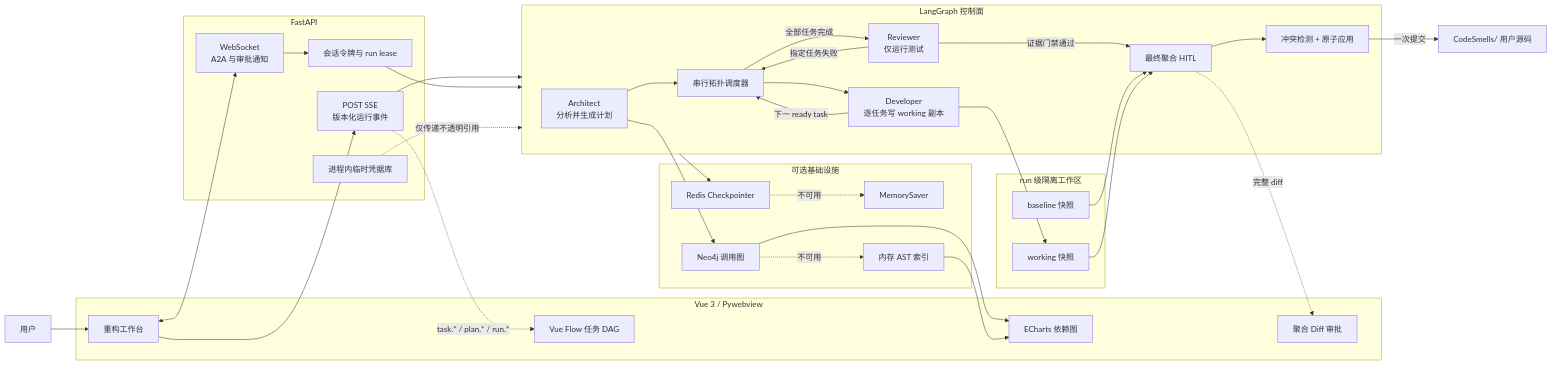
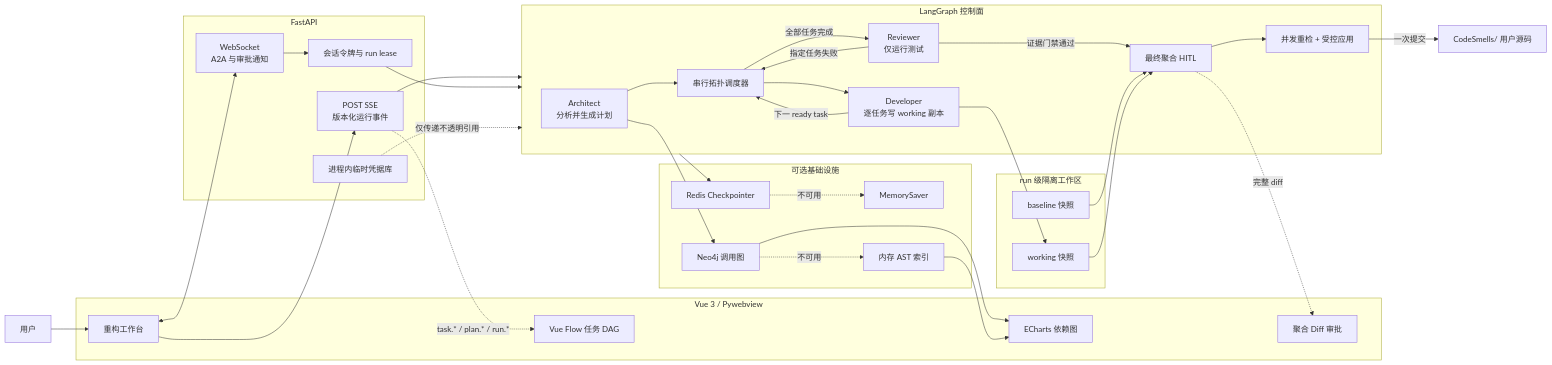
The first of 3 diagrams in README.md (SinerZ1/Refactor-Agent), drawn with Mermaid before and after one commit. The commit also changed other lines of this file and 8 other files, not shown here.

````diff
--- a/README.md
+++ b/README.md
@@ -25,64 +25,64 @@
 ```mermaid
 flowchart LR
     User["用户"]
 
     subgraph Client["Vue 3 / Pywebview"]
         Workbench["重构工作台"]
         DagView["Vue Flow 任务 DAG"]
         DiffView["聚合 Diff 审批"]
         GraphView["ECharts 依赖图"]
     end
 
     subgraph API["FastAPI"]
         Session["会话令牌与 run lease"]
         SSE["POST SSE<br/>版本化运行事件"]
         WS["WebSocket<br/>A2A 与审批通知"]
         Vault["进程内临时凭据库"]
     end
 
     subgraph Control["LangGraph 控制面"]
         Architect["Architect<br/>分析并生成计划"]
         Scheduler["串行拓扑调度器"]
         Developer["Developer<br/>逐任务写 working 副本"]
         Reviewer["Reviewer<br/>仅运行测试"]
         Approval["最终聚合 HITL"]
-        Apply["冲突检测 + 原子应用"]
+        Apply["并发重检 + 受控应用"]
         Architect --> Scheduler --> Developer
         Developer -->|"下一 ready task"| Scheduler
         Scheduler -->|"全部任务完成"| Reviewer
         Reviewer -->|"指定任务失败"| Scheduler
         Reviewer -->|"证据门禁通过"| Approval --> Apply
     end
 
     subgraph Workspace["run 级隔离工作区"]
         Baseline["baseline 快照"]
         Working["working 快照"]
     end
 
     subgraph Optional["可选基础设施"]
         Redis["Redis Checkpointer"]
         Memory["MemorySaver"]
         Neo4j["Neo4j 调用图"]
         AST["内存 AST 索引"]
     end
 
     User --> Workbench
     Workbench --> SSE
     Workbench <--> WS
     SSE --> Control
     WS --> Session
     Session --> Control
     Vault -. "仅传递不透明引用" .-> Control
     Developer --> Working
     Baseline --> Approval
     Working --> Approval
     Apply -->|"一次提交"| Source["CodeSmells/ 用户源码"]
     Control --> Redis
     Redis -. "不可用" .-> Memory
     Architect --> Neo4j
     Neo4j -. "不可用" .-> AST
     SSE -. "task.* / plan.* / run.*" .-> DagView
     Approval -. "完整 diff" .-> DiffView
     Neo4j --> GraphView
     AST --> GraphView
 ```
````
